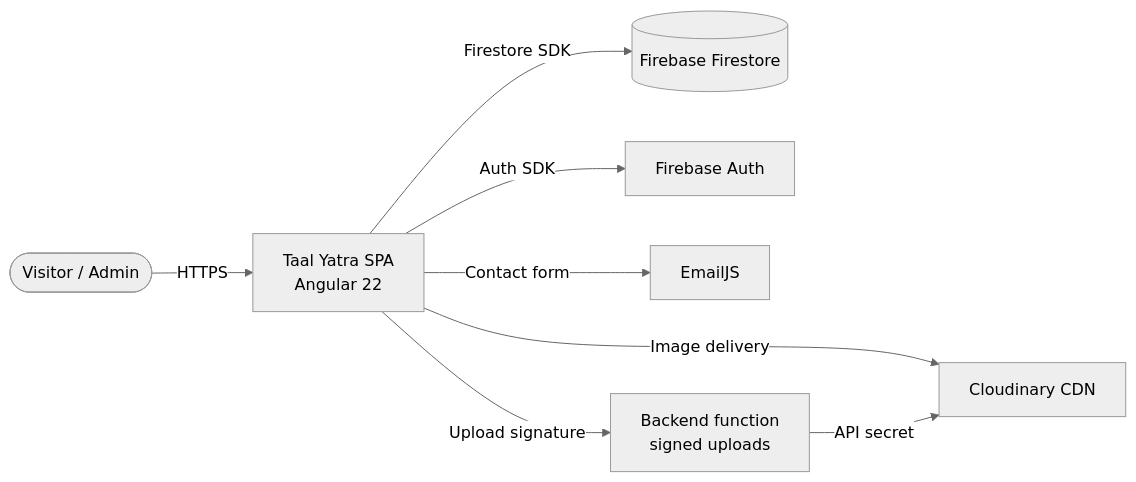
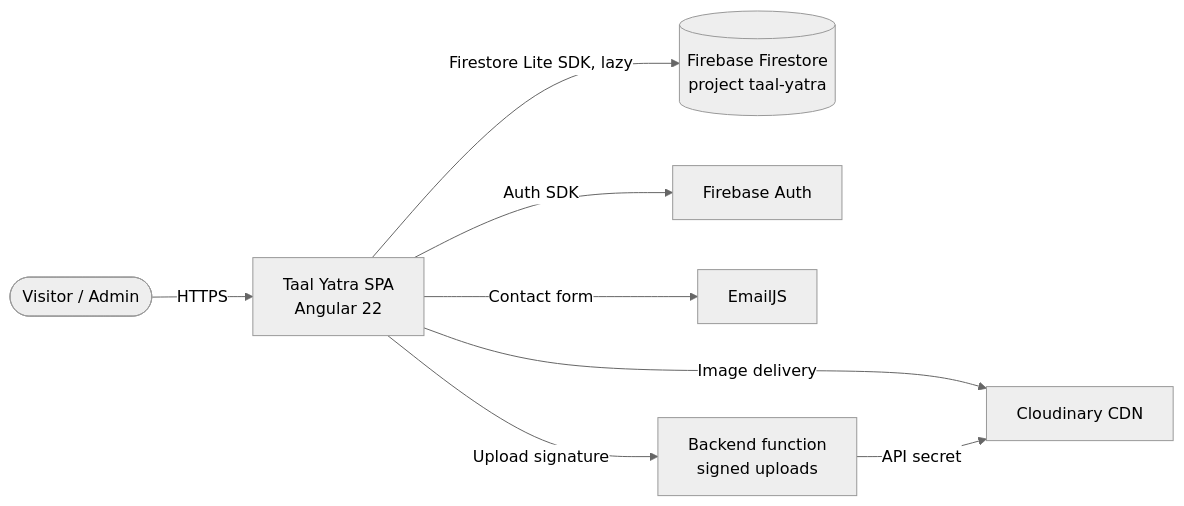
Before and after one commit to RaviAkhouri30/taalyatra: the first of 2 diagrams in docs/architecture/overview.md, drawn with Mermaid (neutral theme). The commit also changed other lines of this file and 77 other files, not shown here.

````diff
--- a/docs/architecture/overview.md
+++ b/docs/architecture/overview.md
@@ -5,10 +5,10 @@
 ```mermaid
 flowchart LR
   user([Visitor / Admin]) -->|HTTPS| spa[Taal Yatra SPA<br/>Angular 22]
-  spa -->|Firestore SDK| fs[(Firebase Firestore)]
+  spa -->|Firestore Lite SDK, lazy| fs[(Firebase Firestore<br/>project taal-yatra)]
   spa -->|Auth SDK| auth[Firebase Auth]
   spa -->|Image delivery| cdn[Cloudinary CDN]
   spa -->|Contact form| mail[EmailJS]
   fn[Backend function<br/>signed uploads] -->|API secret| cdn
   spa -->|Upload signature| fn
 ```
````
